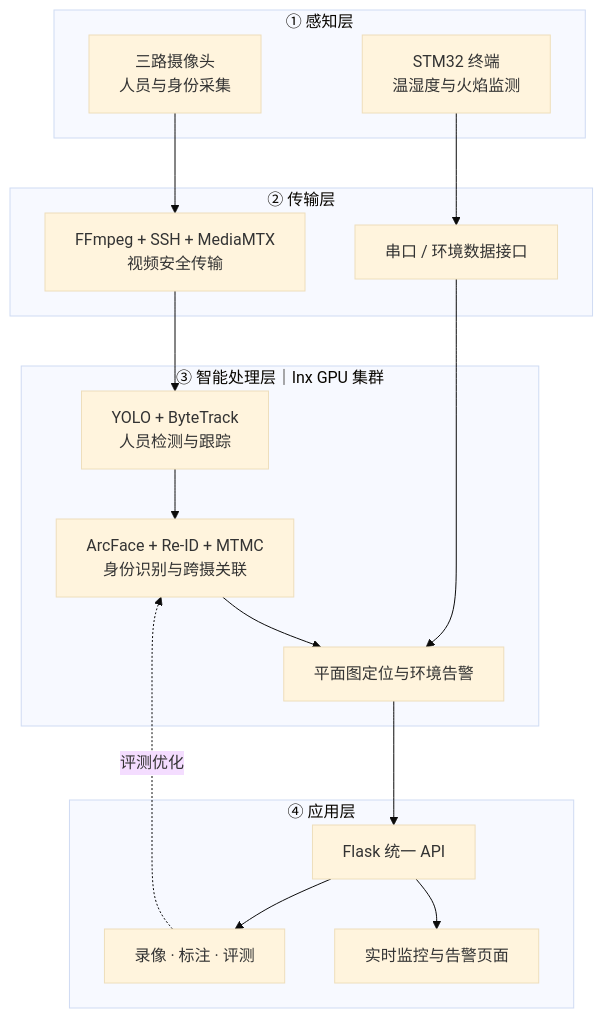
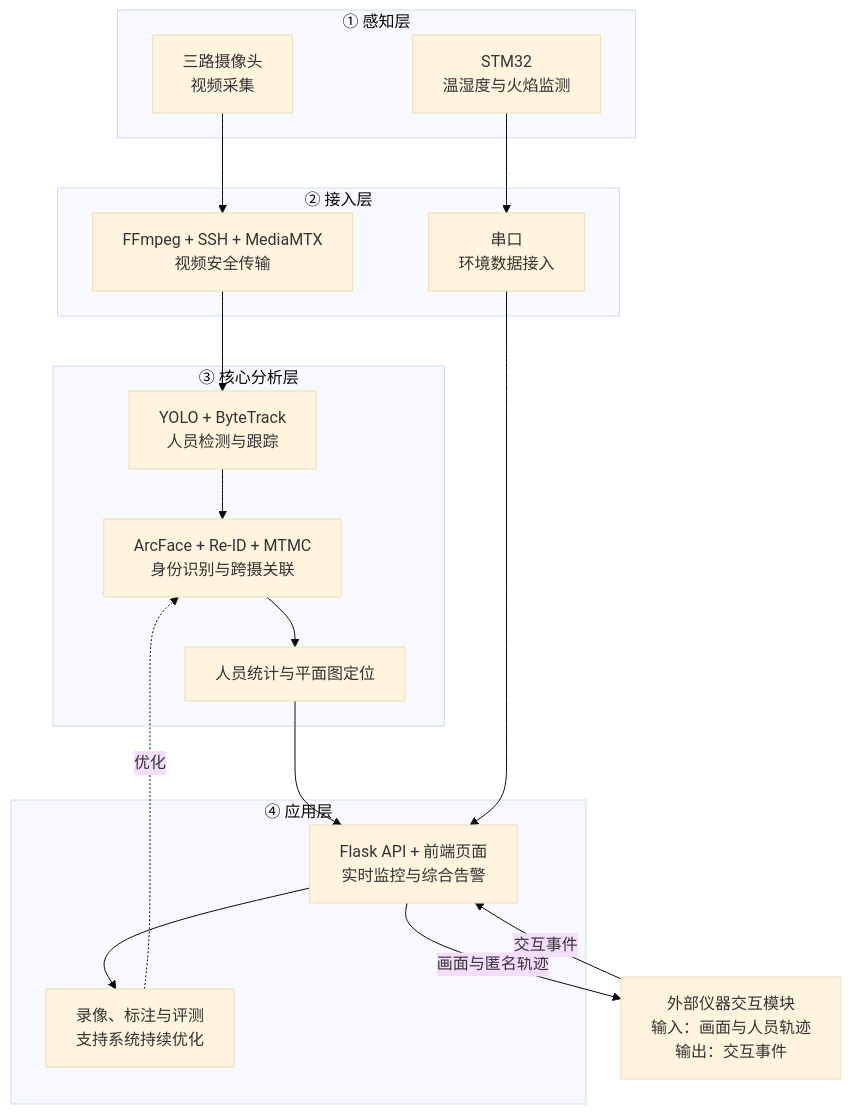
The diagram in 项目架构说明.md (97nowinds/-), drawn with Mermaid (base theme) before and after one commit. The commit also changed other lines of this file and 26 other files, not shown here.

````diff
--- a/项目架构说明.md
+++ b/项目架构说明.md
@@ -5,31 +3,32 @@
 ```mermaid
 flowchart TB
     subgraph A["① 感知层"]
-        CAM["三路摄像头<br/>人员与身份采集"]
-        STM["STM32 终端<br/>温湿度与火焰监测"]
+        CAM["三路摄像头<br/>视频采集"]
+        STM["STM32<br/>温湿度与火焰监测"]
     end
 
-    subgraph B["② 传输层"]
+    subgraph B["② 接入层"]
         VIDEO["FFmpeg + SSH + MediaMTX<br/>视频安全传输"]
-        SERIAL["串口 / 环境数据接口"]
+        SERIAL["串口<br/>环境数据接入"]
     end
 
-    subgraph C["③ 智能处理层｜lnx GPU 集群"]
+    subgraph C["③ 核心分析层"]
         TRACK["YOLO + ByteTrack<br/>人员检测与跟踪"]
         ID["ArcFace + Re-ID + MTMC<br/>身份识别与跨摄关联"]
-        RESULT["平面图定位与环境告警"]
+        MAP["人员统计与平面图定位"]
     end
 
+    EXT["外部仪器交互模块<br/>输入：画面与人员轨迹<br/>输出：交互事件"]
+
     subgraph D["④ 应用层"]
-        API["Flask 统一 API"]
-        WEB["实时监控与告警页面"]
-        DATA["录像 · 标注 · 评测"]
+        APP["Flask API + 前端页面<br/>实时监控与综合告警"]
+        DATA["录像、标注与评测<br/>支持系统持续优化"]
     end
 
-    CAM --> VIDEO --> TRACK --> ID --> RESULT
-    STM --> SERIAL --> RESULT
-    RESULT --> API
-    API --> WEB
-    API --> DATA
-    DATA -.评测优化.-> ID
+    CAM --> VIDEO --> TRACK --> ID --> MAP --> APP
+    STM --> SERIAL --> APP
+    APP -->|画面与匿名轨迹| EXT
+    EXT -->|交互事件| APP
+    APP --> DATA
+    DATA -.优化.-> ID
 ```
````
